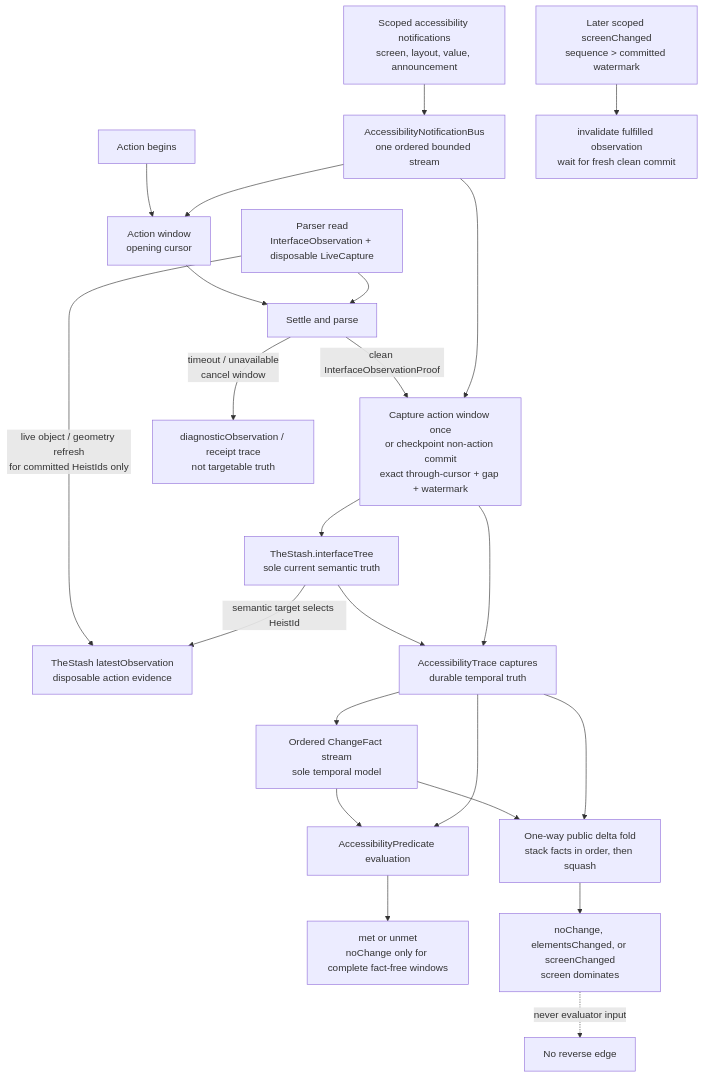
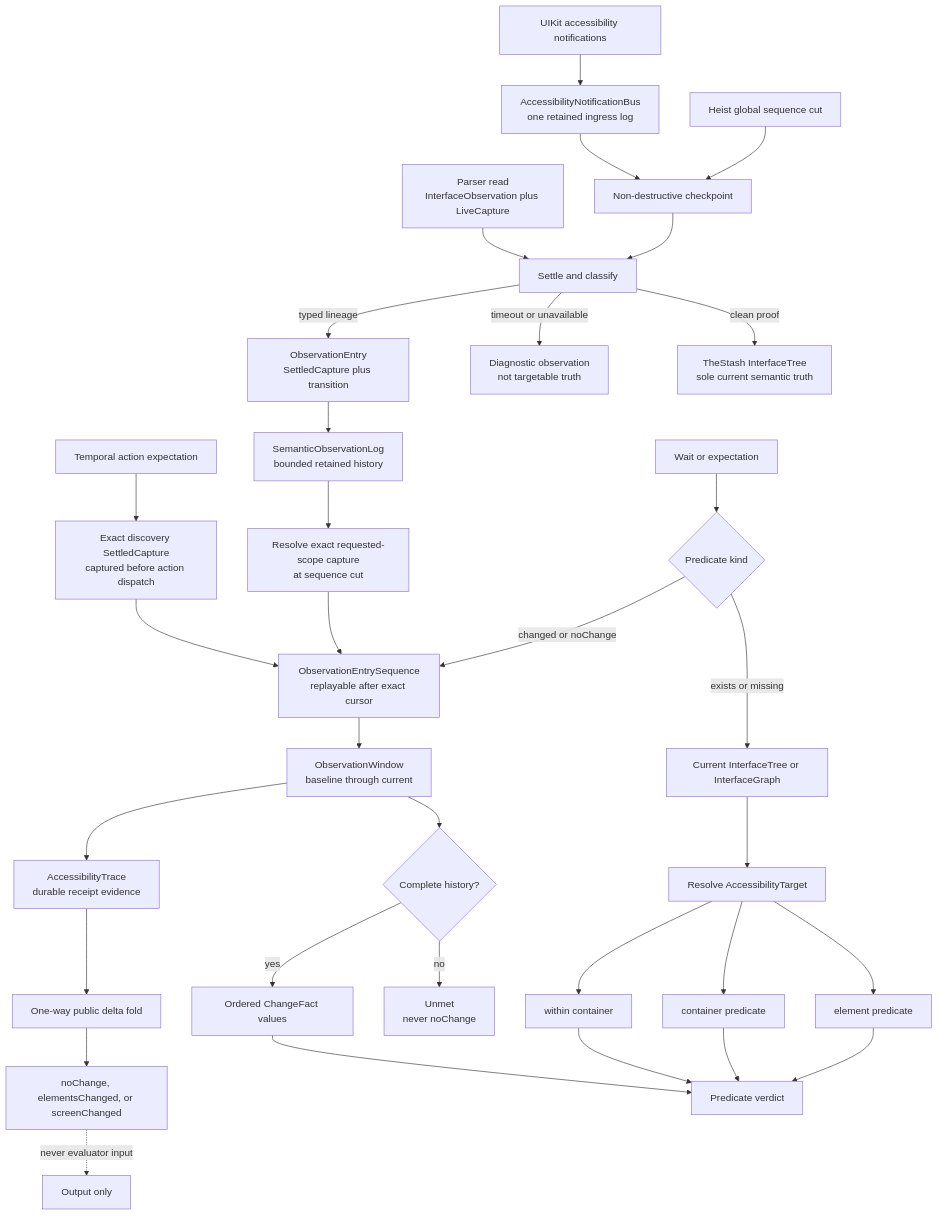
Before and after one commit to RoyalPineapple/TheButtonHeist: the first of 3 diagrams in docs/diagrams/observation-pipeline.md, drawn with Mermaid. The commit also changed other lines of this file and 16 other files, not shown here.

Commit message:
Lock canonical pipeline architecture shape

````diff
--- a/docs/diagrams/observation-pipeline.md
+++ b/docs/diagrams/observation-pipeline.md
@@ -23,29 +25,40 @@
 ```mermaid
 flowchart TD
-    Signals["Scoped accessibility notifications<br/>screen, layout, value, announcement"] --> Bus["AccessibilityNotificationBus<br/>one ordered bounded stream"]
-    Action["Action begins"] --> Window["Action window<br/>opening cursor"]
-    Bus --> Window
-    Window --> Settle["Settle and parse"]
-    Parse["Parser read<br/>InterfaceObservation + disposable LiveCapture"] --> Settle
-    Parse -- "live object / geometry refresh<br/>for committed HeistIds only" --> Live["TheStash latestObservation<br/>disposable action evidence"]
-    Settle -- "clean InterfaceObservationProof" --> Batch["Capture action window once<br/>or checkpoint non-action commit<br/>exact through-cursor + gap + watermark"]
-    Bus --> Batch
-    Batch --> Tree["TheStash.interfaceTree<br/>sole current semantic truth"]
-    Settle -- "timeout / unavailable<br/>cancel window" --> Diagnostic["diagnosticObservation / receipt trace<br/>not targetable truth"]
-    Tree -- "semantic target selects HeistId" --> Live
-    Tree --> Captures["AccessibilityTrace captures<br/>durable temporal truth"]
-    Batch --> Captures
-    Captures --> Facts["Ordered ChangeFact stream<br/>sole temporal model"]
+    Parser["Parser read<br/>InterfaceObservation plus LiveCapture"] --> Settle["Settle and classify"]
+    Signals["UIKit accessibility notifications"] --> Bus["AccessibilityNotificationBus<br/>one retained ingress log"]
+    Cursor["Heist global sequence cut"] --> Checkpoint["Non-destructive checkpoint"]
+    Action["Temporal action expectation"] --> Exact["Exact discovery SettledCapture<br/>captured before action dispatch"]
+    Bus --> Checkpoint
+    Checkpoint --> Settle
 
-    LaterScreen["Later scoped screenChanged<br/>sequence > committed watermark"] --> Invalid["invalidate fulfilled observation<br/>wait for fresh clean commit"]
+    Settle -->|clean proof| Tree["TheStash InterfaceTree<br/>sole current semantic truth"]
+    Settle -->|timeout or unavailable| Diagnostic["Diagnostic observation<br/>not targetable truth"]
+    Settle -->|typed lineage| Entry["ObservationEntry<br/>SettledCapture plus transition"]
+    Entry --> Log["SemanticObservationLog<br/>bounded retained history"]
 
-    Facts --> Evaluate["AccessibilityPredicate evaluation"]
-    Captures --> Evaluate
-    Evaluate --> Verdict["met or unmet<br/>noChange only for complete fact-free windows"]
+    Log --> Baseline["Resolve exact requested-scope capture<br/>at sequence cut"]
+    Baseline --> Sequence["ObservationEntrySequence<br/>replayable after exact cursor"]
+    Exact --> Sequence
+    Request["Wait or expectation"] --> Kind{"Predicate kind"}
 
-    Facts --> Fold["One-way public delta fold<br/>stack facts in order, then squash"]
-    Captures --> Fold
-    Fold --> Public["noChange, elementsChanged, or screenChanged<br/>screen dominates"]
+    Kind -->|exists or missing| Current["Current InterfaceTree or InterfaceGraph"]
+    Current --> Target["Resolve AccessibilityTarget"]
+    Target --> Element["element predicate"]
+    Target --> Container["container predicate"]
+    Target --> Within["within container"]
+    Element --> Verdict["Predicate verdict"]
+    Container --> Verdict
+    Within --> Verdict
 
-    Public -. "never evaluator input" .-> Stop["No reverse edge"]
+    Kind -->|changed or noChange| Sequence
+    Sequence --> Window["ObservationWindow<br/>baseline through current"]
+    Window --> Complete{"Complete history?"}
+    Complete -->|no| Unmet["Unmet<br/>never noChange"]
+    Complete -->|yes| Facts["Ordered ChangeFact values"]
+    Facts --> Verdict
+
+    Window --> Trace["AccessibilityTrace<br/>durable receipt evidence"]
+    Trace --> Fold["One-way public delta fold"]
+    Fold --> Public["noChange, elementsChanged, or screenChanged"]
+    Public -. "never evaluator input" .-> Sink["Output only"]
 ```
````
